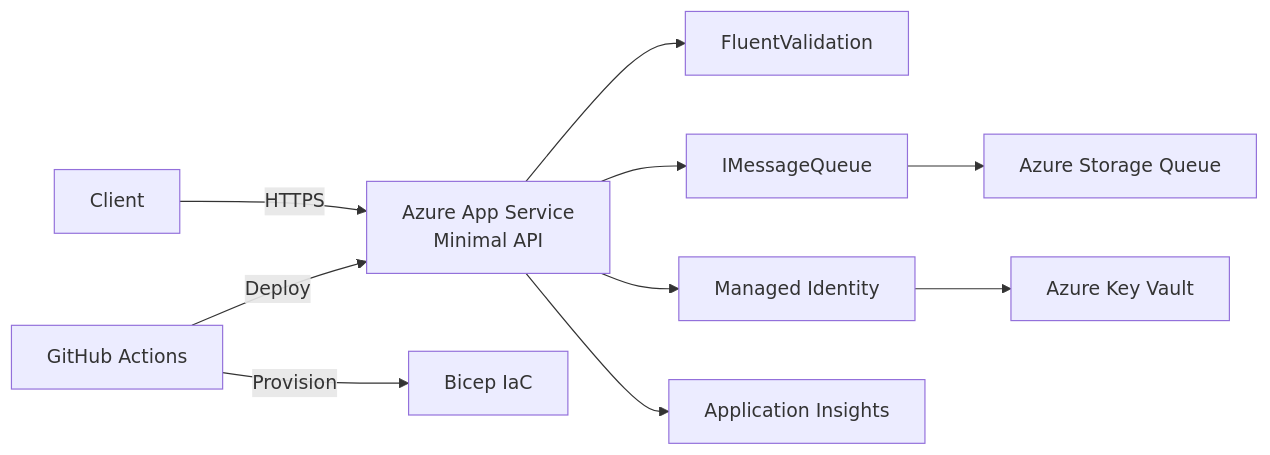
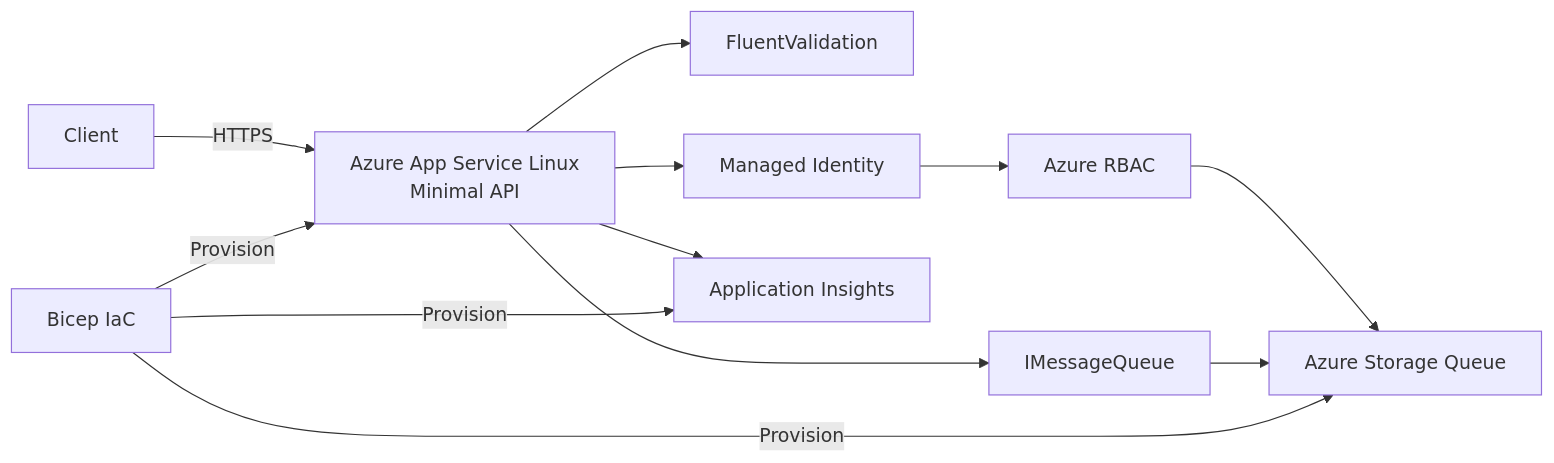
The second of 2 diagrams in docs/architecture.md (alexescalonafernandez/secure-app-service-api-lite), drawn with Mermaid before and after one commit. The commit also changed other lines of this file and 1 other file, not shown here.

Commit message:
Align B3.E0 documentation with approved V1 scope (#4)
* Fix future Azure diagram scope for B3.E0 docs

* Fix formatting of Azure App Service description in docs

````diff
--- a/docs/architecture.md
+++ b/docs/architecture.md
@@ -35,21 +37,24 @@
 ```mermaid
 flowchart LR
     Client[Client]
-    AppService[Azure App Service\nMinimal API]
+    AppService[Azure App Service Linux\nMinimal API]
     Validator[FluentValidation]
     QueueAbstraction[IMessageQueue]
+    ManagedIdentity[Managed Identity]
+    RBAC[Azure RBAC]
     StorageQueue[Azure Storage Queue]
-    KeyVault[Azure Key Vault]
-    MI[Managed Identity]
     AppInsights[Application Insights]
     Bicep[Bicep IaC]
-    GitHub[GitHub Actions]
 
     Client -->|HTTPS| AppService
     AppService --> Validator
-    AppService --> QueueAbstraction --> StorageQueue
-    AppService --> MI --> KeyVault
+    AppService --> QueueAbstraction
+    AppService --> ManagedIdentity
+    ManagedIdentity --> RBAC
+    RBAC --> StorageQueue
+    QueueAbstraction --> StorageQueue
     AppService --> AppInsights
-    GitHub -->|Deploy| AppService
-    GitHub -->|Provision| Bicep
+    Bicep -->|Provision| AppService
+    Bicep -->|Provision| StorageQueue
+    Bicep -->|Provision| AppInsights
 ```
````
